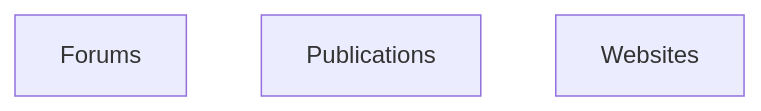
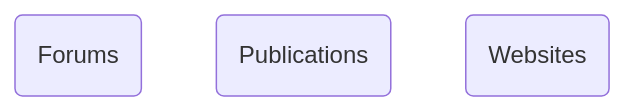
Before and after one commit to HealthECCO/community-resources: the first of 2 diagrams in README.md, drawn with Mermaid.

````diff
--- a/README.md
+++ b/README.md
@@ -3,6 +3,7 @@
 ```mermaid
   graph TD; 
-      Forums;
-      Publications;
-      Websites;
+      F(Forums);
+      P(Publications);
+      W(Websites);
+  click F "forums.md"
 ```
````
